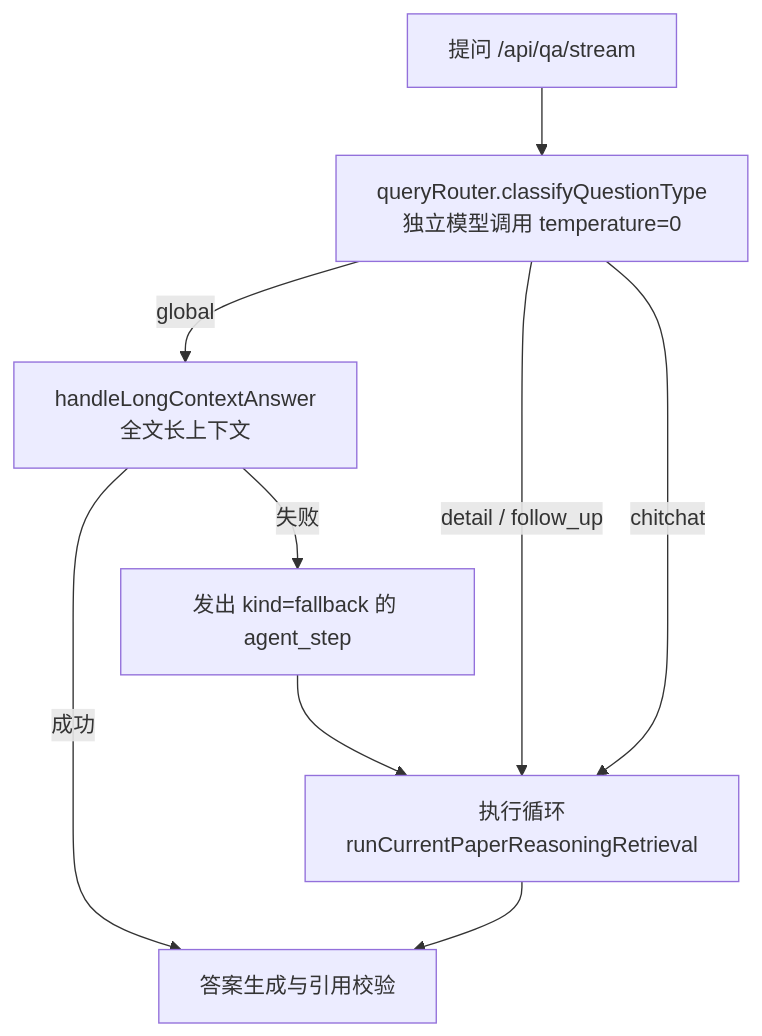
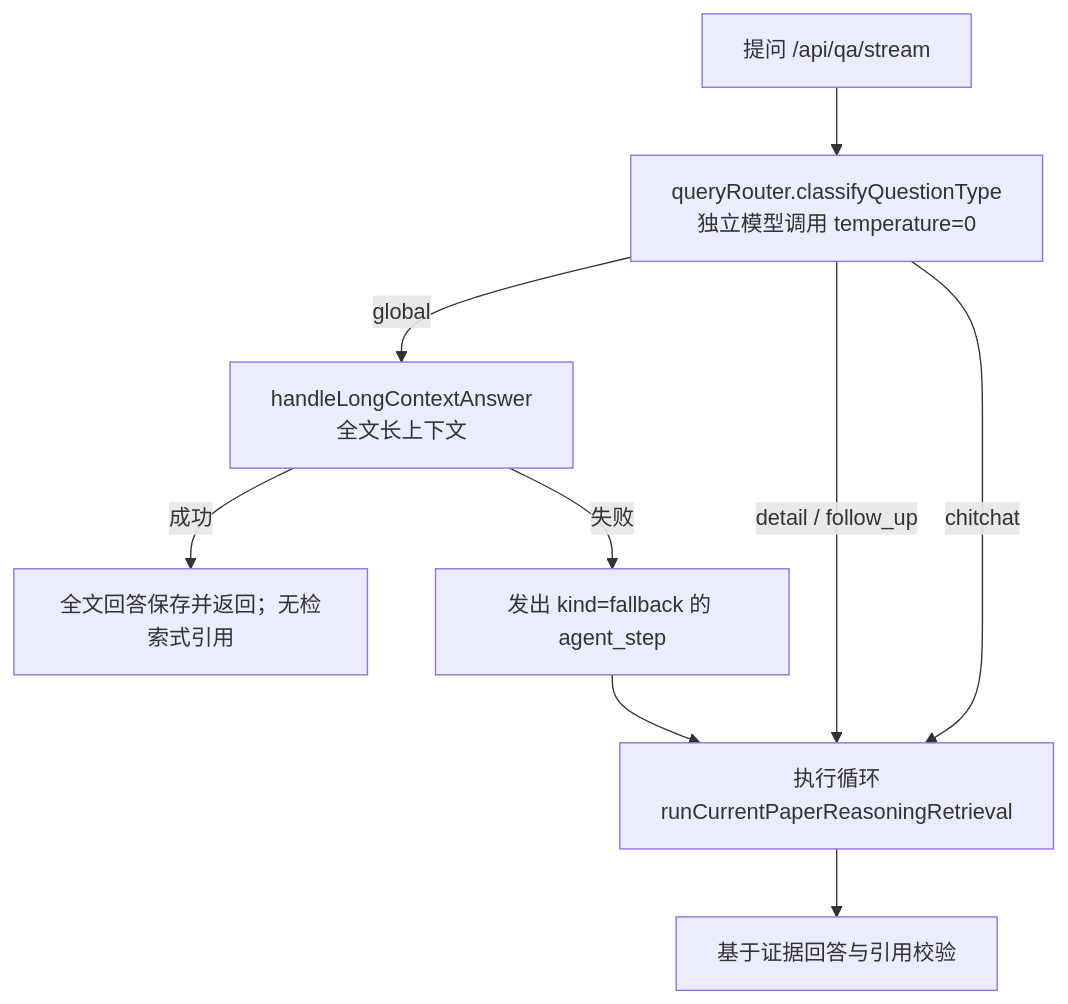
Before and after one commit to fenglinbei/pdf_translate_reader: the first of 2 diagrams in docs/qa-agent-runtime.md, drawn with Mermaid. The commit also changed other lines of this file and 11 other files, not shown here.

````diff
--- a/docs/qa-agent-runtime.md
+++ b/docs/qa-agent-runtime.md
@@ -14,10 +16,10 @@
 ```mermaid
 flowchart TD
     Q["提问 /api/qa/stream"] --> R["queryRouter.classifyQuestionType<br/>独立模型调用 temperature=0"]
     R -->|global| LC["handleLongContextAnswer<br/>全文长上下文"]
-    LC -->|成功| D[答案生成与引用校验]
+    LC -->|成功| LCEND[全文回答保存并返回；无检索式引用]
     LC -->|失败| FB["发出 kind=fallback 的 agent_step"] --> L
     R -->|"detail / follow_up"| L["执行循环<br/>runCurrentPaperReasoningRetrieval"]
     R -->|chitchat| L
-    L --> D
+    L --> D[基于证据回答与引用校验]
 ```
````
